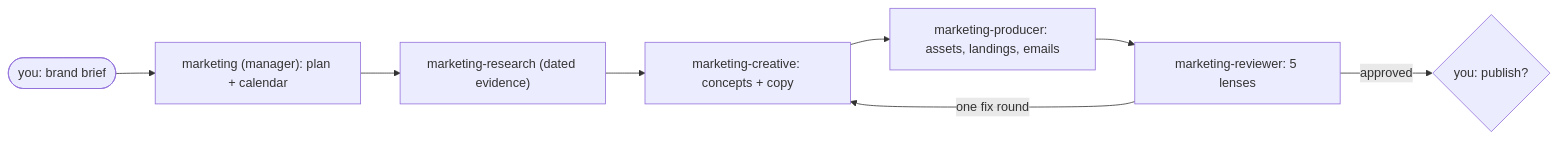
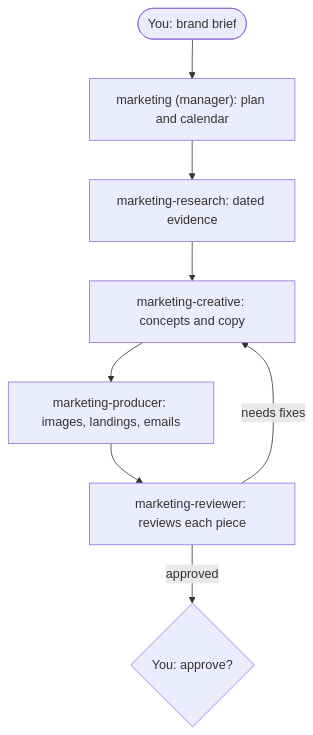
One commit to PuntoyComaTech/hermes-agent-squads changed the second of 3 diagrams in README.md. Above: the diagram before and after it, drawn with Mermaid. The commit also changed other lines of this file and 10 other files, not shown here.

Commit message:
feat: squads are opt-in after set me up; README rewrite with vertical diagrams; agents install the builder only (2.0.8)

````diff
--- a/README.md
+++ b/README.md
@@ -70,10 +75,10 @@
 ```mermaid
-flowchart LR
-    U([you: brand brief]) --> L["marketing (manager): plan + calendar"]
-    L --> R["marketing-research (dated evidence)"]
-    R --> C["marketing-creative: concepts + copy"]
-    C --> P["marketing-producer: assets, landings, emails"]
-    P --> V["marketing-reviewer: 5 lenses"]
-    V -->|one fix round| C
-    V -->|approved| A{"you: publish?"}
+flowchart TD
+    U(["You: brand brief"]) --> M["marketing (manager): plan and calendar"]
+    M --> R["marketing-research: dated evidence"]
+    R --> C["marketing-creative: concepts and copy"]
+    C --> P["marketing-producer: images, landings, emails"]
+    P --> V["marketing-reviewer: reviews each piece"]
+    V -->|"needs fixes"| C
+    V -->|"approved"| A{"You: approve?"}
 ```
````
